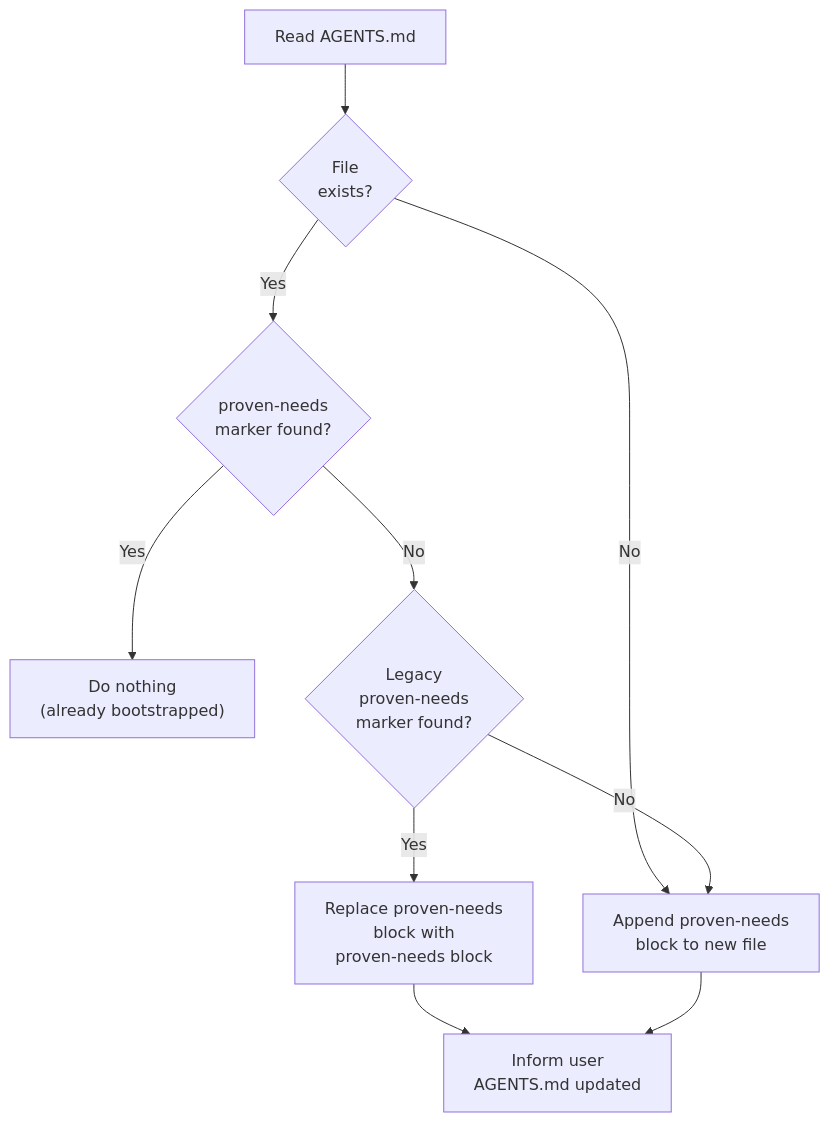
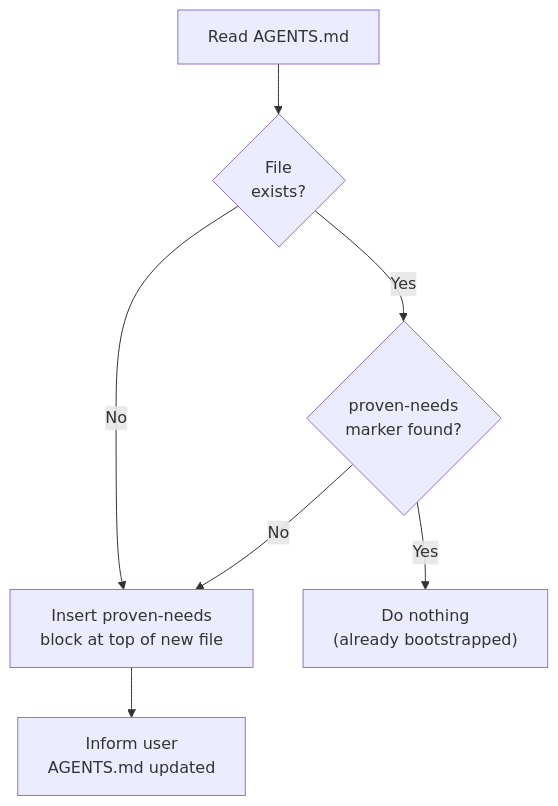
The seventh of 7 diagrams in .opencode/skills/proven-needs/SKILL.md (addiberra/brf-schedule-service), drawn with Mermaid before and after one commit. The commit also changed other lines of this file and 1 other file, not shown here.

Commit message:
chore: tighten proven-needs workflow bootstrap requirements

````diff
--- a/.opencode/skills/proven-needs/SKILL.md
+++ b/.opencode/skills/proven-needs/SKILL.md
@@ -852,16 +852,12 @@
 ```mermaid
 flowchart TD
     START["Read AGENTS.md"] --> EXISTS{"File<br/>exists?"}
 
-    EXISTS -->|No| APPEND["Append proven-needs<br/>block to new file"]
+    EXISTS -->|No| INSERT["Insert proven-needs<br/>block at top of new file"]
     EXISTS -->|Yes| MARKER{"proven-needs<br/>marker found?"}
 
     MARKER -->|Yes| DONE["Do nothing<br/>(already bootstrapped)"]
-    MARKER -->|No| LEGACY{"Legacy<br/>proven-needs<br/>marker found?"}
+    MARKER -->|No| INSERT
 
-    LEGACY -->|Yes| REPLACE["Replace proven-needs<br/>block with<br/>proven-needs block"]
-    LEGACY -->|No| APPEND
-
-    REPLACE --> INFORM["Inform user<br/>AGENTS.md updated"]
-    APPEND --> INFORM
+    INSERT --> INFORM["Inform user<br/>AGENTS.md updated"]
 ```
````
